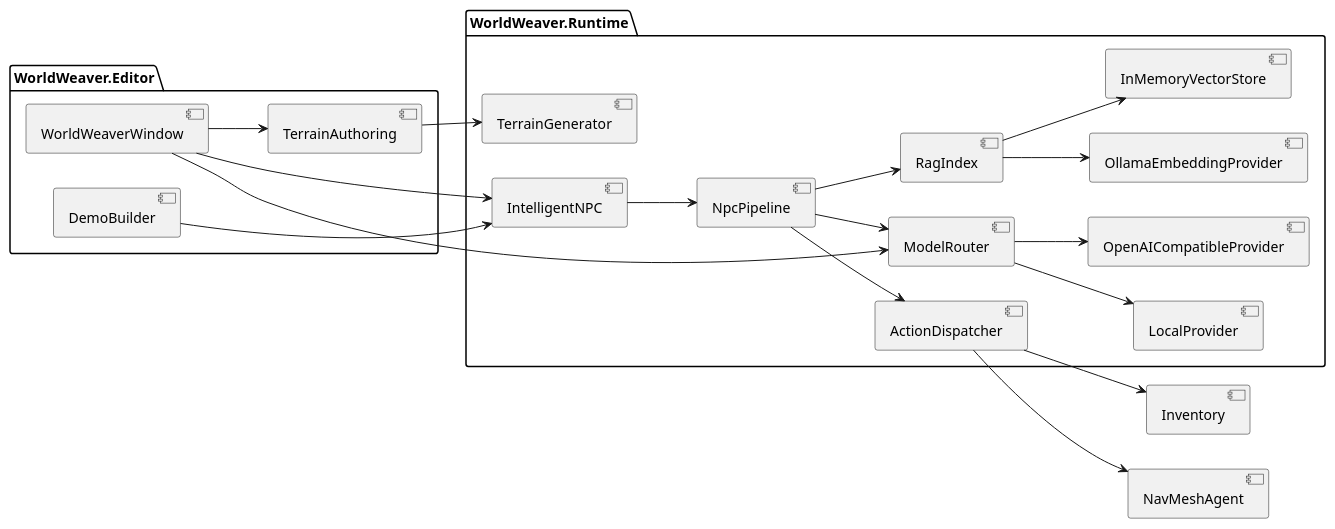
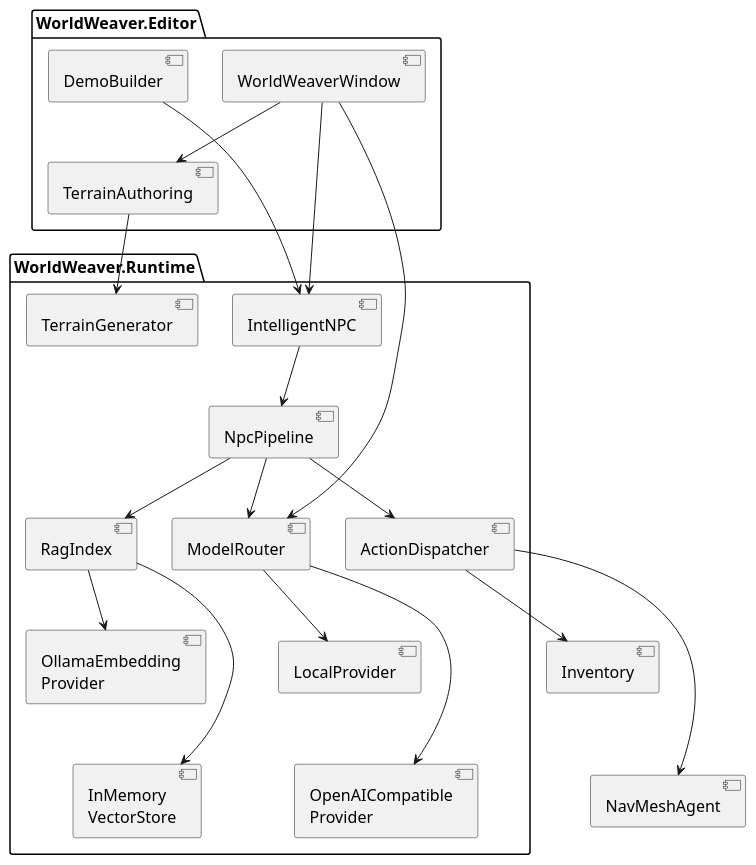
Before and after one commit to saslekawaiii/scenepilot-unity: the diagram in docs/uml/component.puml, drawn with PlantUML. The commit also changed 65 other files, not shown here.

```diff
--- a/docs/uml/component.puml
+++ b/docs/uml/component.puml
@@ -1,37 +1,43 @@
 @startuml
 skinparam defaultFontName Arial
 skinparam shadowing false
-left to right direction
+skinparam defaultFontSize 16
+top to bottom direction
 package "WorldWeaver.Editor" {
  [WorldWeaverWindow] as UI
  [TerrainAuthoring] as Author
  [DemoBuilder] as Demo
 }
 package "WorldWeaver.Runtime" {
  [IntelligentNPC] as NPC
  [NpcPipeline] as Pipeline
  [ModelRouter] as Router
  [LocalProvider] as Local
- [OpenAICompatibleProvider] as Cloud
+ [OpenAICompatible\nProvider] as Cloud
  [RagIndex] as RAG
- [OllamaEmbeddingProvider] as Embedding
- [InMemoryVectorStore] as Vector
+ [OllamaEmbedding\nProvider] as Embedding
+ [InMemory\nVectorStore] as Vector
  [ActionDispatcher] as Actions
  [TerrainGenerator] as Generator
 }
 UI --> Author
 UI --> NPC
 UI --> Router
 Demo --> NPC
 Author --> Generator
 NPC --> Pipeline
 Pipeline --> RAG
 Pipeline --> Router
 Pipeline --> Actions
 RAG --> Embedding
 RAG --> Vector
 Router --> Local
 Router --> Cloud
-Actions --> [Inventory]
-Actions --> [NavMeshAgent]
+[Inventory] as Inventory
+[NavMeshAgent] as Nav
+Actions --> Inventory
+Actions --> Nav
+Embedding -down[hidden]-> Vector
+Local -down[hidden]-> Cloud
+Inventory -down[hidden]-> Nav
 @enduml
```
